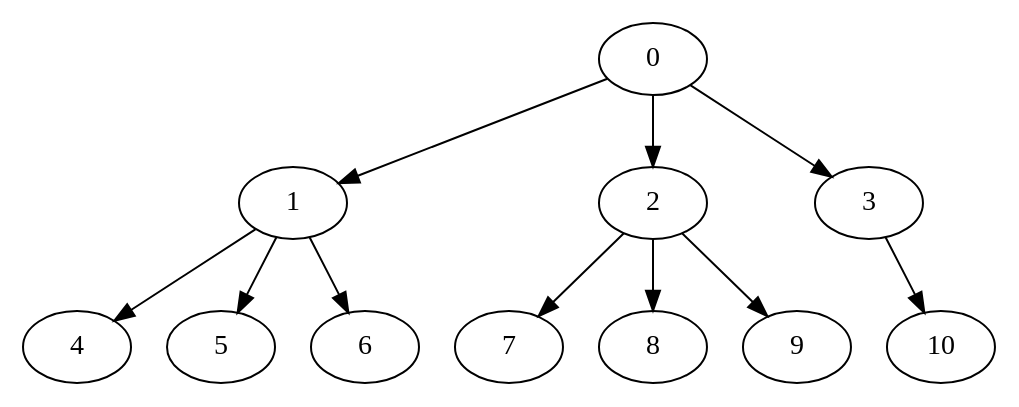
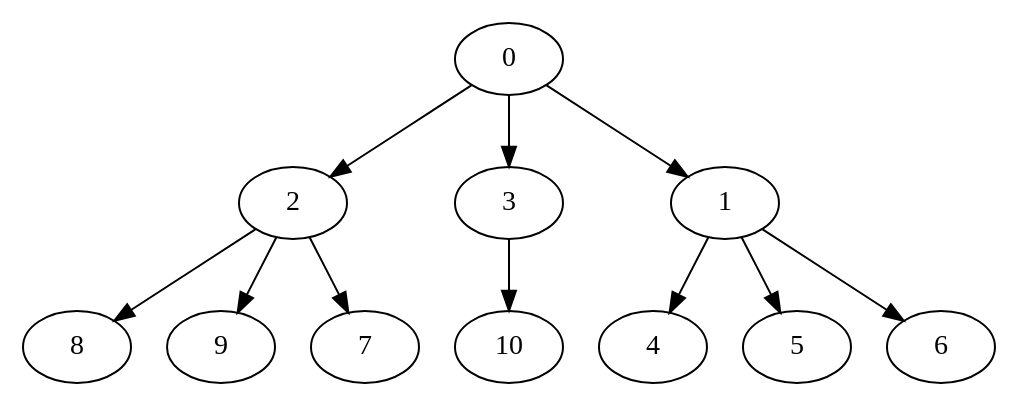
The diagram in dot/Nodes_11_OutTree-output.dot (PJhaveri02/Task-Scheduler), drawn with Graphviz before and after one commit. The commit also changed 5 other files, not shown here.

```diff
--- a/dot/Nodes_11_OutTree-output.dot
+++ b/dot/Nodes_11_OutTree-output.dot
@@ -1,23 +1,23 @@
 digraph "outputGraph" {
-		0   [Weight = 50, Start= 0, Processor=1];
-		1   [Weight = 70, Start= 50, Processor=1];
+		8	[Weight=50, Start=150, Processor=1]
+		2 -> 8   [Weight = 3];
+		9	[Weight=20, Start=200, Processor=1]
+		2 -> 9   [Weight = 10];
+		3	[Weight=100, Start=54, Processor=2]
+		0 -> 3   [Weight = 4];
+		4	[Weight=40, Start=154, Processor=2]
+		1 -> 4   [Weight = 10];
+		5	[Weight=20, Start=194, Processor=2]
+		1 -> 5   [Weight = 7];
+		10	[Weight=20, Start=214, Processor=2]
+		3 -> 10   [Weight = 4];
+		2	[Weight=90, Start=57, Processor=3]
+		0 -> 2   [Weight = 7];
+		7	[Weight=80, Start=147, Processor=3]
+		2 -> 7   [Weight = 5];
+		0	[Weight=50, Start=0, Processor=4]
+		1	[Weight=70, Start=50, Processor=4]
 		0 -> 1   [Weight = 9];
-		2   [Weight = 90, Start= 120, Processor=1];
-		0 -> 2   [Weight = 7];
-		3   [Weight = 100, Start= 210, Processor=1];
-		0 -> 3   [Weight = 4];
-		4   [Weight = 40, Start= 310, Processor=1];
-		1 -> 4   [Weight = 10];
-		5   [Weight = 20, Start= 350, Processor=1];
-		1 -> 5   [Weight = 7];
-		6   [Weight = 100, Start= 370, Processor=1];
+		6	[Weight=100, Start=120, Processor=4]
 		1 -> 6   [Weight = 5];
-		7   [Weight = 80, Start= 470, Processor=1];
-		2 -> 7   [Weight = 5];
-		8   [Weight = 50, Start= 550, Processor=1];
-		2 -> 8   [Weight = 3];
-		9   [Weight = 20, Start= 600, Processor=1];
-		2 -> 9   [Weight = 10];
-		10   [Weight = 20, Start= 620, Processor=1];
-		3 -> 10   [Weight = 4];
 }
```
